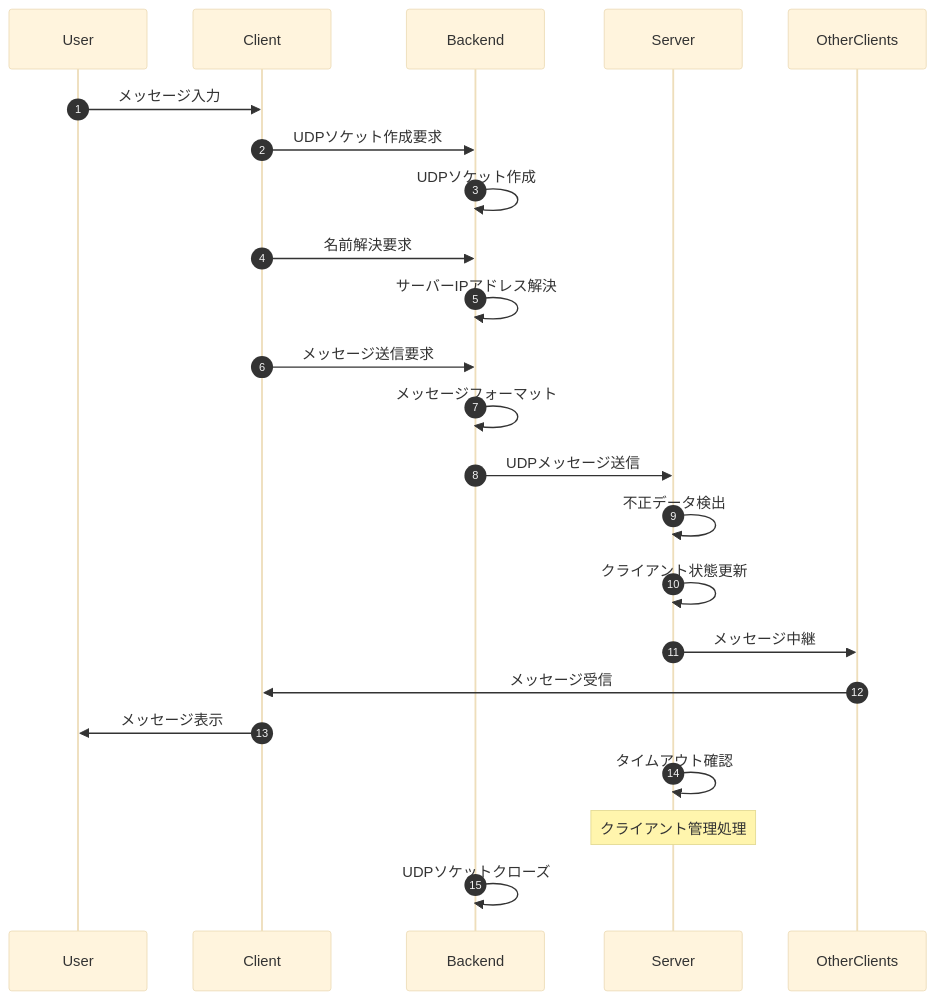
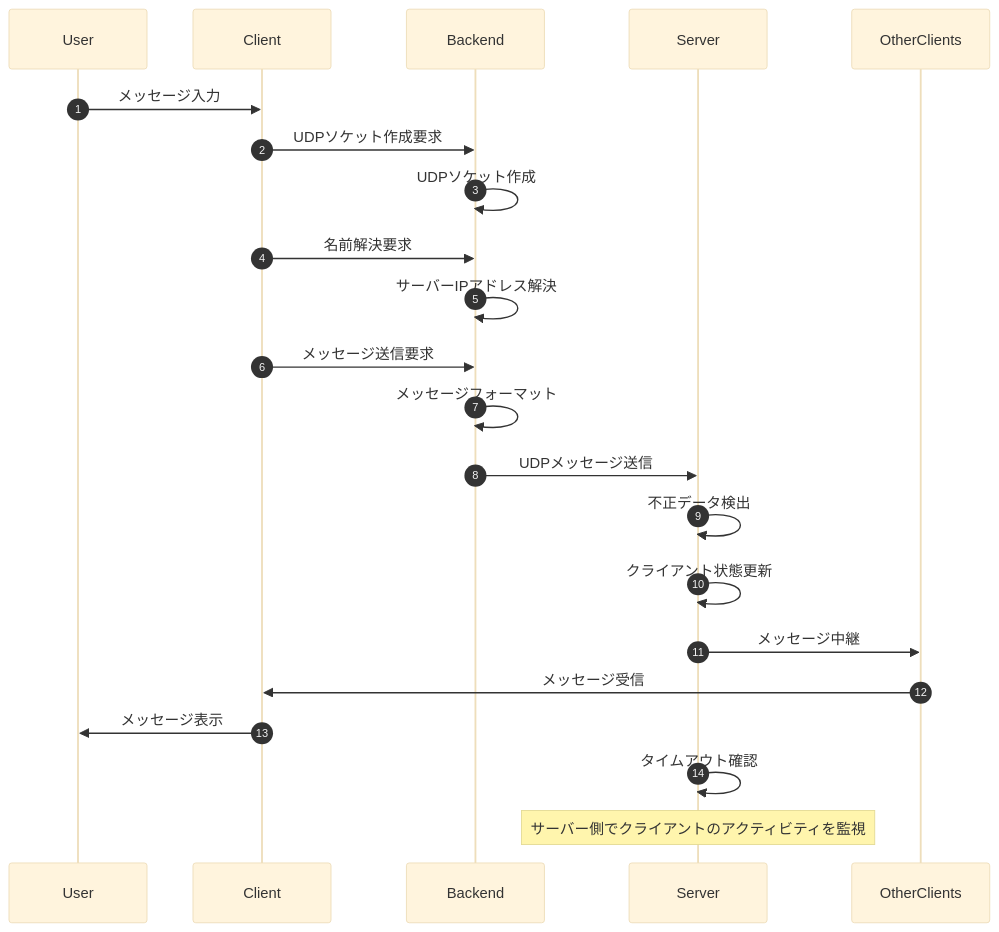
Before and after one commit to jun0222/online-chat-messenger: the first of 2 diagrams in README.md, drawn with Mermaid (base theme). The commit also changed other lines of this file, not shown here.

````diff
--- a/README.md
+++ b/README.md
@@ -183,20 +173,19 @@
 ```mermaid
 sequenceDiagram
     autonumber
     User->>Client: メッセージ入力
     Client->>Backend: UDPソケット作成要求
     Backend->>Backend: UDPソケット作成
     Client->>Backend: 名前解決要求
     Backend->>Backend: サーバーIPアドレス解決
     Client->>Backend: メッセージ送信要求
     Backend->>Backend: メッセージフォーマット
     Backend->>Server: UDPメッセージ送信
     Server->>Server: 不正データ検出
     Server->>Server: クライアント状態更新
     Server->>OtherClients: メッセージ中継
     OtherClients->>Client: メッセージ受信
     Client->>User: メッセージ表示
     Server->>Server: タイムアウト確認
-    Note over Server: クライアント管理処理
-    Backend->>Backend: UDPソケットクローズ
+    Note over Server: サーバー側でクライアントのアクティビティを監視
 ```
````
